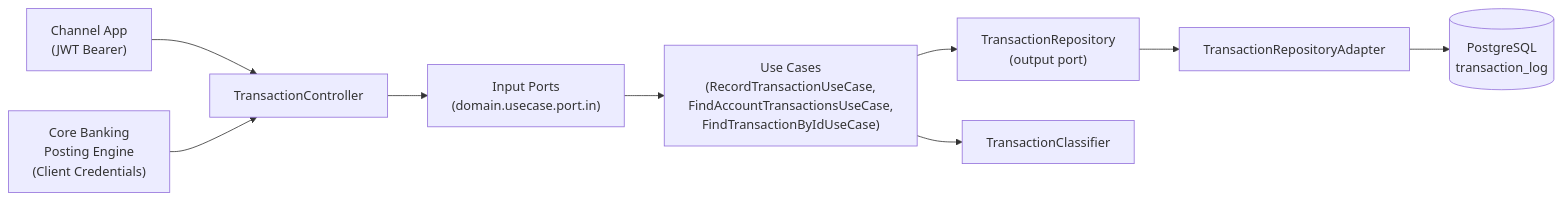
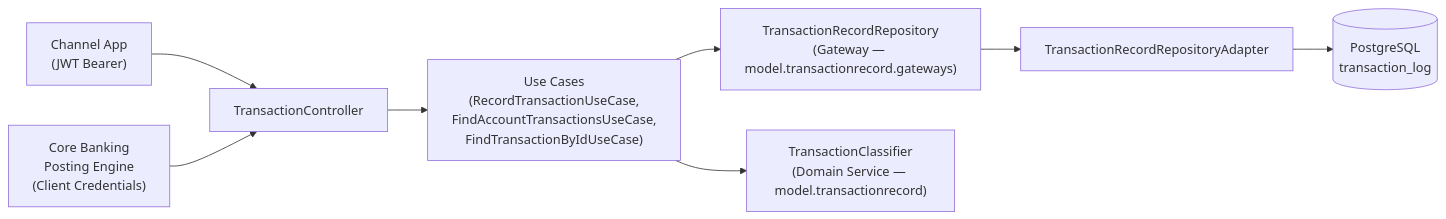
The first of 3 diagrams in README.md (davidmillan5/transaction-log-service), drawn with Mermaid before and after one commit. The commit also changed other lines of this file, not shown here.

````diff
--- a/README.md
+++ b/README.md
@@ -62,11 +66,10 @@
 ```mermaid
 flowchart LR
     Channel["Channel App\n(JWT Bearer)"] --> Ctrl[TransactionController]
     Core["Core Banking\nPosting Engine\n(Client Credentials)"] --> Ctrl
-    Ctrl --> InPorts["Input Ports\n(domain.usecase.port.in)"]
-    InPorts --> UC["Use Cases\n(RecordTransactionUseCase,\nFindAccountTransactionsUseCase,\nFindTransactionByIdUseCase)"]
-    UC --> OutPort["TransactionRepository\n(output port)"]
-    OutPort --> Adapter[TransactionRepositoryAdapter]
+    Ctrl --> UC["Use Cases\n(RecordTransactionUseCase,\nFindAccountTransactionsUseCase,\nFindTransactionByIdUseCase)"]
+    UC --> GW["TransactionRecordRepository\n(Gateway — model.transactionrecord.gateways)"]
+    GW --> Adapter[TransactionRecordRepositoryAdapter]
     Adapter --> DB[(PostgreSQL\ntransaction_log)]
-    UC --> Classifier[TransactionClassifier]
+    UC --> Classifier["TransactionClassifier\n(Domain Service — model.transactionrecord)"]
 ```
````
